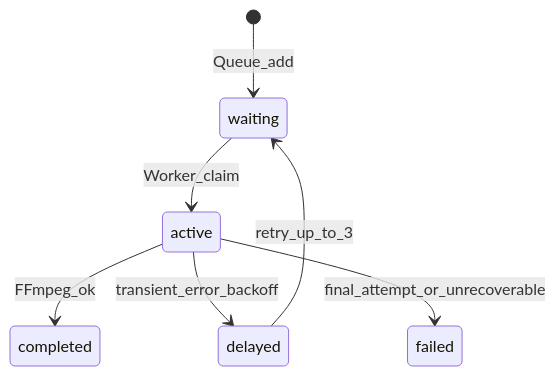
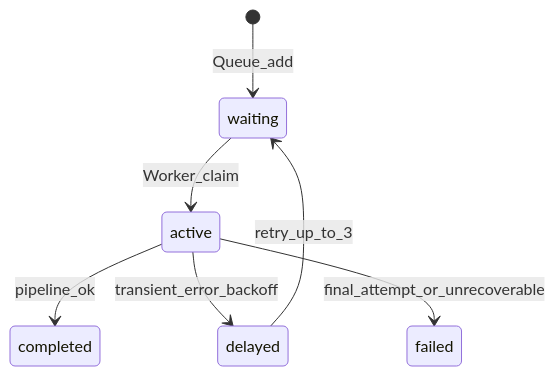
Before and after one commit to Shivanshsri15/VideoProcessing: the seventh of 7 diagrams in README.md, drawn with Mermaid. The commit also changed other lines of this file, not shown here.

````diff
--- a/README.md
+++ b/README.md
@@ -324,9 +372,9 @@
 ```mermaid
 stateDiagram-v2
   [*] --> waiting: Queue_add
   waiting --> active: Worker_claim
-  active --> completed: FFmpeg_ok
+  active --> completed: pipeline_ok
   active --> delayed: transient_error_backoff
   delayed --> waiting: retry_up_to_3
   active --> failed: final_attempt_or_unrecoverable
 ```
````
